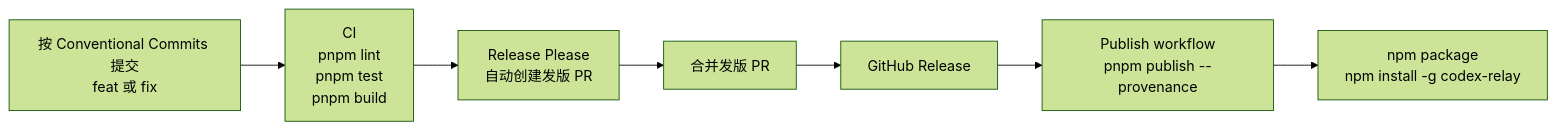
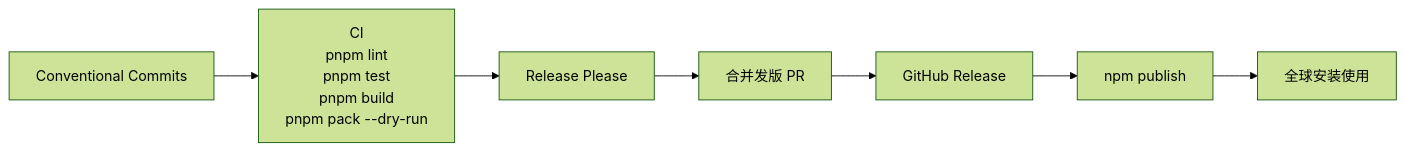
The third of 3 diagrams in ARCHITECTURE.md (Albert-PZY/codex-relay), drawn with Mermaid (forest theme) before and after one commit. The commit also changed other lines of this file and 6 other files, not shown here.

````diff
--- a/ARCHITECTURE.md
+++ b/ARCHITECTURE.md
@@ -100,9 +95,9 @@
 ```mermaid
 flowchart LR
-  Commit[按 Conventional Commits 提交<br>feat 或 fix] --> CI[CI<br>pnpm lint<br>pnpm test<br>pnpm build]
-  CI --> RP[Release Please<br>自动创建发版 PR]
+  Commit[Conventional Commits] --> CI[CI<br>pnpm lint<br>pnpm test<br>pnpm build<br>pnpm pack --dry-run]
+  CI --> RP[Release Please]
   RP --> Merge[合并发版 PR]
   Merge --> Release[GitHub Release]
-  Release --> Publish[Publish workflow<br>pnpm publish --provenance]
-  Publish --> NPM[npm package<br>npm install -g codex-relay]
+  Release --> Publish[npm publish]
+  Publish --> Users[全球安装使用]
 ```
````
